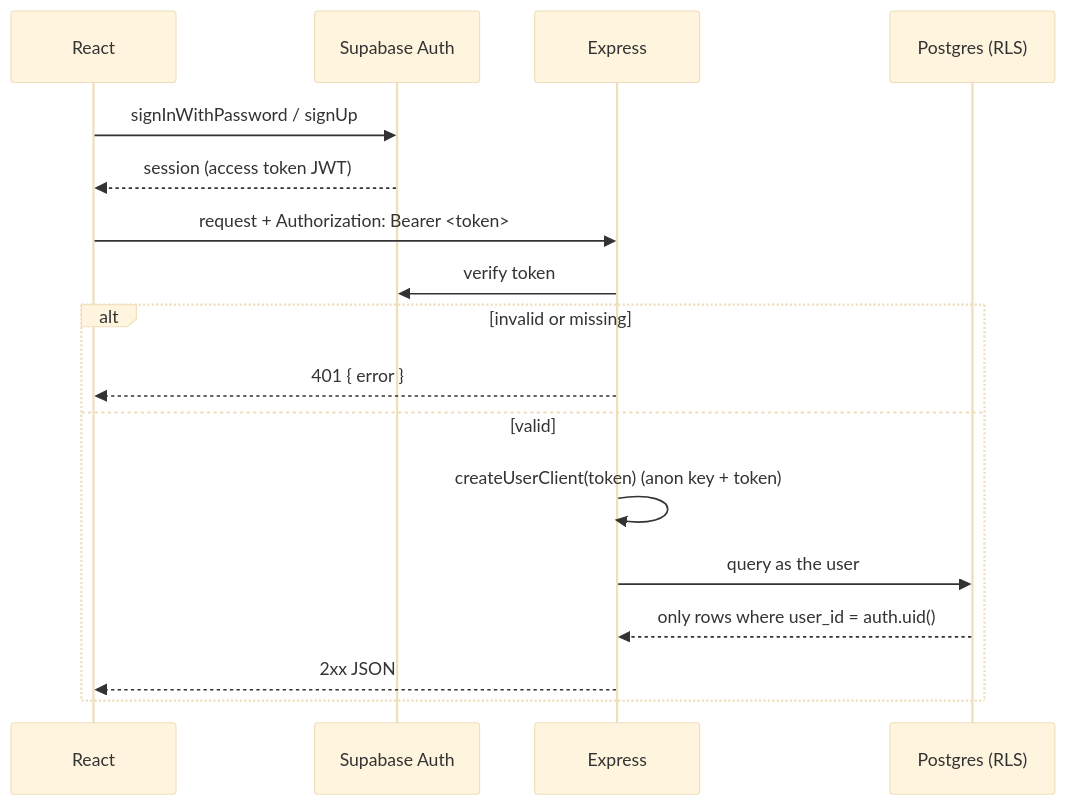
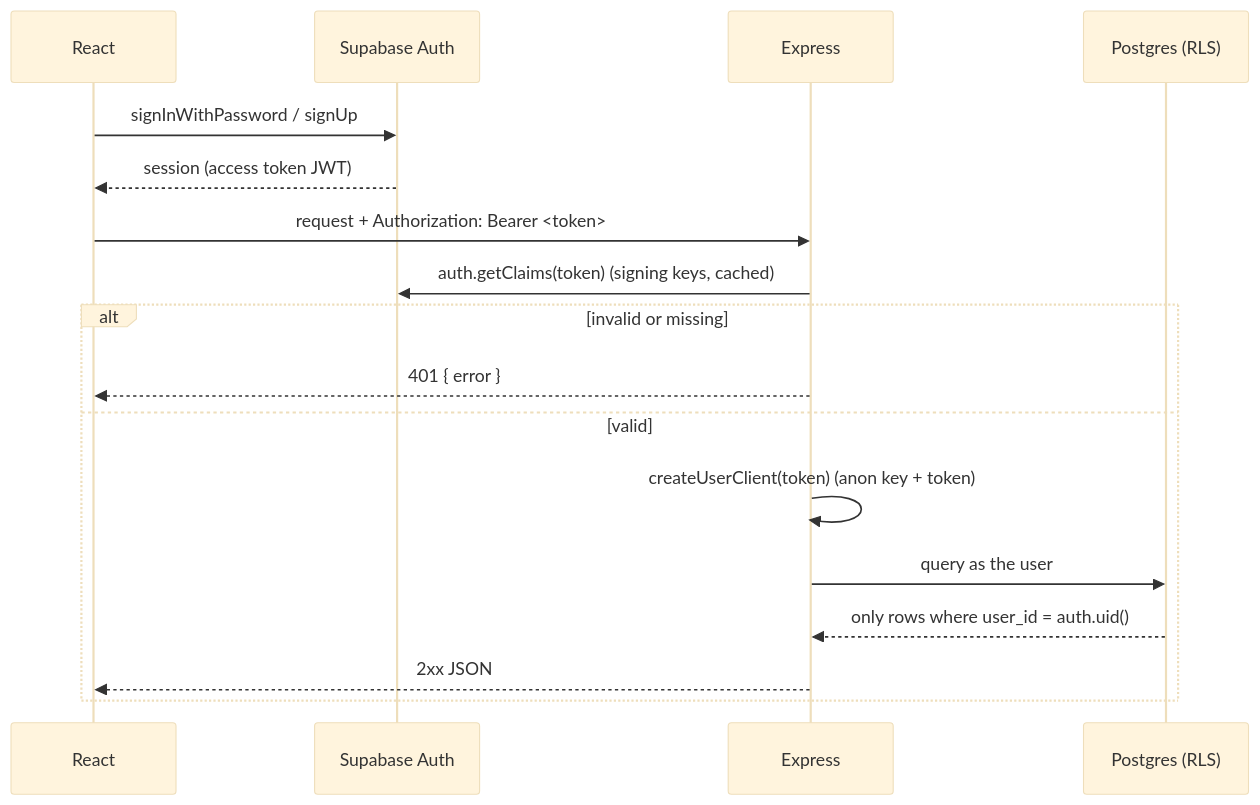
One commit to soyjoysauce/job-application-tracker changed the second of 2 diagrams in docs/architecture.md. Above: the diagram before and after it, drawn with Mermaid (base theme). The commit also changed other lines of this file and 11 other files, not shown here.

````diff
--- a/docs/architecture.md
+++ b/docs/architecture.md
@@ -34,20 +34,20 @@
 ```mermaid
 sequenceDiagram
     participant R as React
     participant SA as Supabase Auth
     participant E as Express
     participant DB as Postgres (RLS)
 
     R->>SA: signInWithPassword / signUp
     SA-->>R: session (access token JWT)
     R->>E: request + Authorization: Bearer <token>
-    E->>SA: verify token
+    E->>SA: auth.getClaims(token) (signing keys, cached)
     alt invalid or missing
         E-->>R: 401 { error }
     else valid
         E->>E: createUserClient(token) (anon key + token)
         E->>DB: query as the user
         DB-->>E: only rows where user_id = auth.uid()
         E-->>R: 2xx JSON
     end
 ```
````
